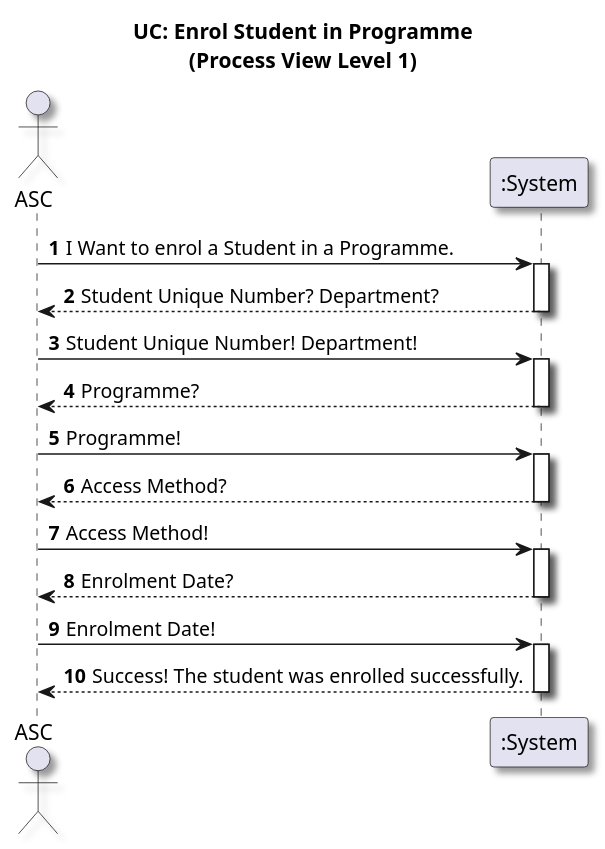
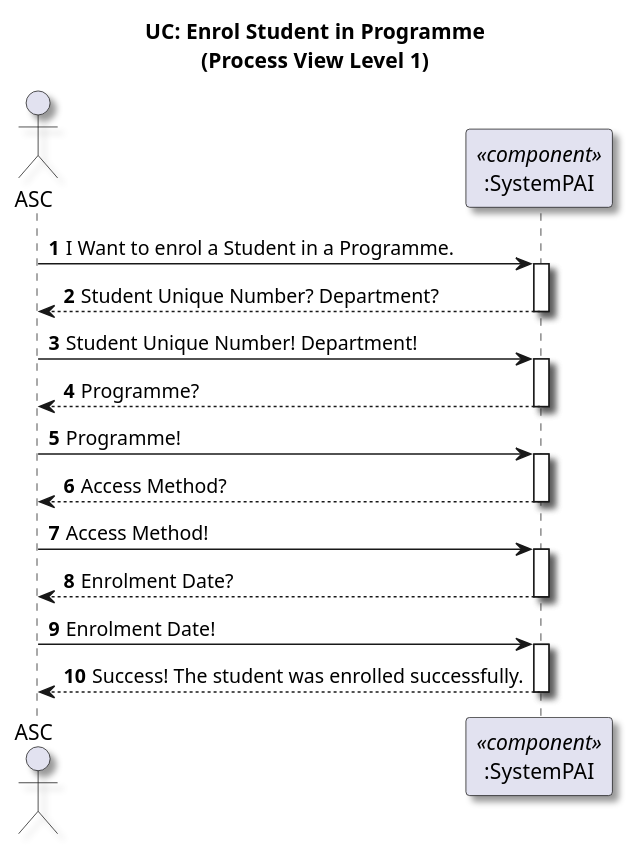
Before and after one commit to GasparISEP/DevOps-PAI: the diagram in docs/US09/ProcessView/level1Diagrams/Level1.puml, drawn with PlantUML.

Commit message:
REF #698 updated naming in level 1 process view diagram

```diff
--- a/docs/US09/ProcessView/level1Diagrams/Level1.puml
+++ b/docs/US09/ProcessView/level1Diagrams/Level1.puml
@@ -1,24 +1,24 @@
 @startuml
 skinparam Shadowing true
 title UC: Enrol Student in Programme\n(Process View Level 1)
 autonumber
 
 actor ASC as Admin
-participant ":System" as System
+participant ":SystemPAI" as System <<component>>
 
 Admin -> System  ++: I Want to enrol a Student in a Programme.
 System --> Admin  --: Student Unique Number? Department?
 
 Admin -> System  ++: Student Unique Number! Department!
 System --> Admin  --: Programme?
 
 Admin -> System  ++: Programme!
 System --> Admin  --: Access Method?
 
 Admin -> System  ++: Access Method!
 System --> Admin  --: Enrolment Date?
 
 Admin -> System  ++: Enrolment Date!
 System --> Admin  --: Success! The student was enrolled successfully.
 
 @enduml
```
